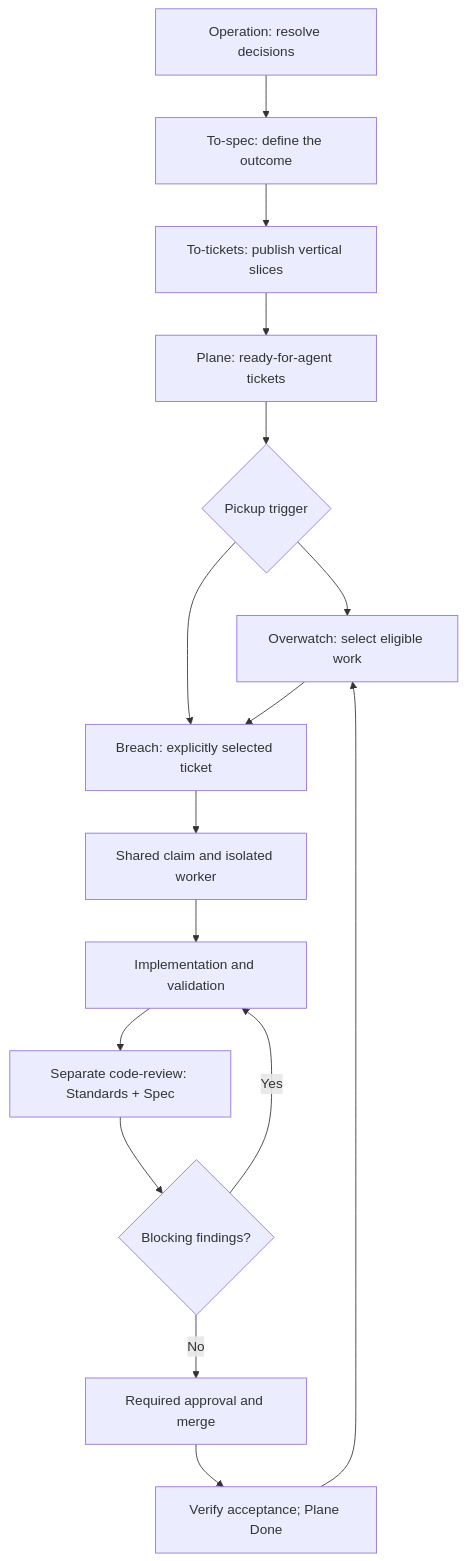
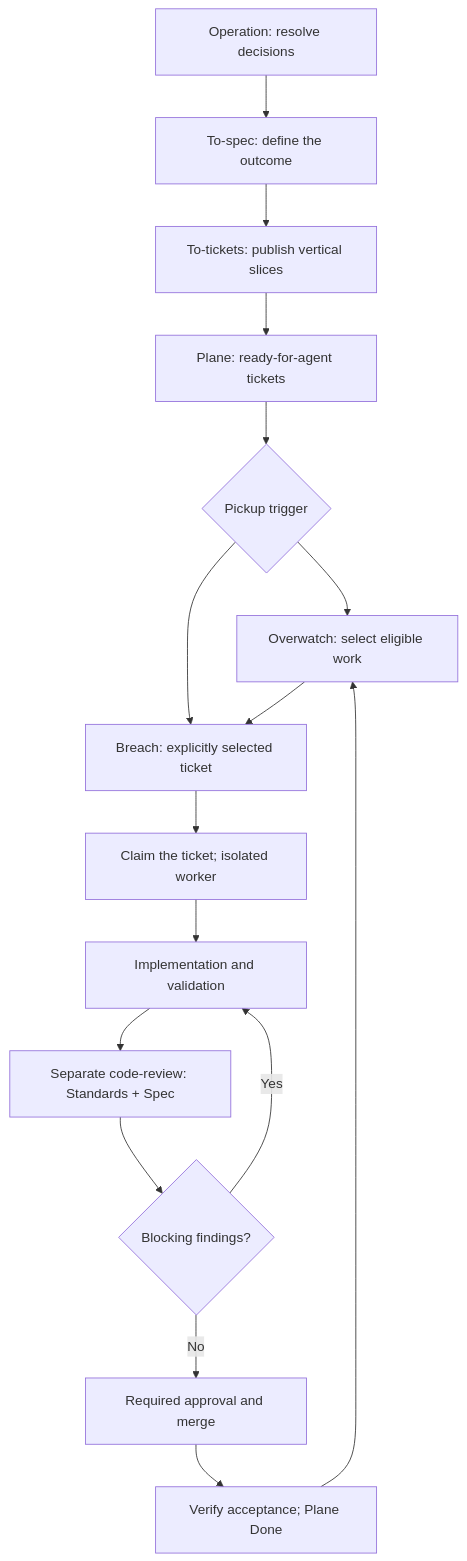
Before and after one commit to inocult/firstmate: the diagram in docs/xo-delivery-workflow.md, drawn with Mermaid. The commit also changed other lines of this file and 24 other files, not shown here.

````diff
--- a/docs/xo-delivery-workflow.md
+++ b/docs/xo-delivery-workflow.md
@@ -11,18 +11,18 @@
 ```mermaid
 flowchart TD
     A["Operation: resolve decisions"] --> B["To-spec: define the outcome"]
     B --> C["To-tickets: publish vertical slices"]
     C --> D["Plane: ready-for-agent tickets"]
     D --> E{"Pickup trigger"}
     E --> F["Overwatch: select eligible work"]
     E --> G["Breach: explicitly selected ticket"]
     F --> G
-    G --> H["Shared claim and isolated worker"]
+    G --> H["Claim the ticket; isolated worker"]
     H --> I["Implementation and validation"]
     I --> J["Separate code-review: Standards + Spec"]
     J --> K{"Blocking findings?"}
     K -->|Yes| I
     K -->|No| L["Required approval and merge"]
     L --> M["Verify acceptance; Plane Done"]
     M --> F
 ```
````
